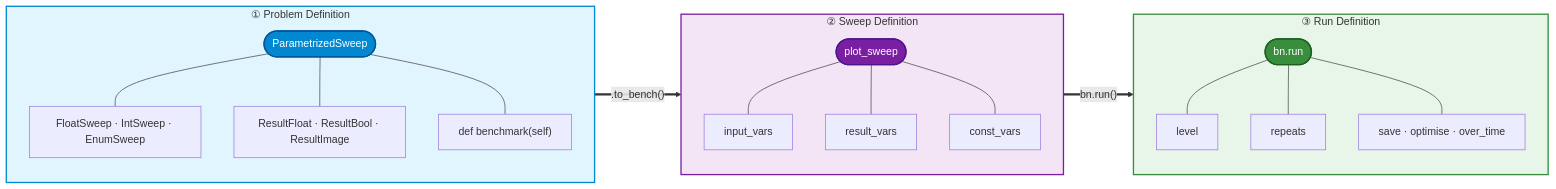
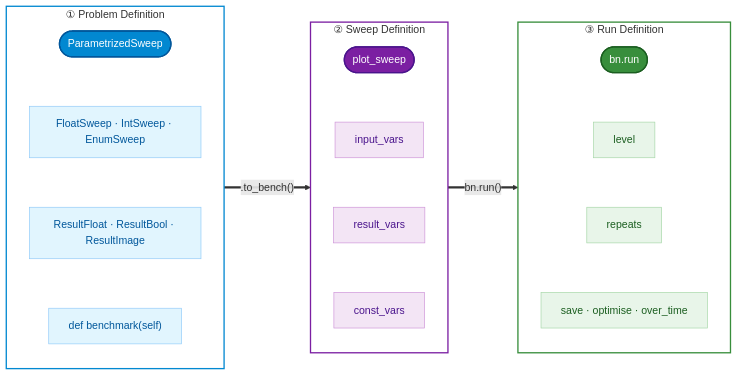
The diagram in docs/concepts.md (blooop/bencher), drawn with Mermaid before and after one commit.

Commit message:
docs: improve mermaid diagram visuals
- Invisible links (~~~) instead of visible lines — removes clutter
- Detail nodes color-matched to their stage (light blue/purple/green)
- White subgraph backgrounds with colored borders — less visual noise
- classDef for consistent, reusable styling

````diff
--- a/docs/concepts.md
+++ b/docs/concepts.md
@@ -53,44 +53,49 @@
 ```{mermaid}
 flowchart LR
     subgraph Problem ["① Problem Definition"]
         direction TB
         PS([ParametrizedSweep])
         Inputs[FloatSweep · IntSweep · EnumSweep]
         Results[ResultFloat · ResultBool · ResultImage]
         Fn["def benchmark(self)"]
-        PS --- Inputs
-        PS --- Results
-        PS --- Fn
+        PS ~~~ Inputs ~~~ Results ~~~ Fn
     end
 
     subgraph Sweep ["② Sweep Definition"]
         direction TB
         SW([plot_sweep])
         IV[input_vars]
         RV[result_vars]
         CV[const_vars]
-        SW --- IV
-        SW --- RV
-        SW --- CV
+        SW ~~~ IV ~~~ RV ~~~ CV
     end
 
     subgraph Run ["③ Run Definition"]
         direction TB
         RN([bn.run])
         Level[level]
         Repeats[repeats]
         Opts[save · optimise · over_time]
-        RN --- Level
-        RN --- Repeats
-        RN --- Opts
+        RN ~~~ Level ~~~ Repeats ~~~ Opts
     end
 
     Problem == .to_bench() ==> Sweep == bn.run() ==> Run
 
-    style Problem fill:#e1f5fe,stroke:#0288d1,stroke-width:2px
-    style Sweep fill:#f3e5f5,stroke:#7b1fa2,stroke-width:2px
-    style Run fill:#e8f5e9,stroke:#388e3c,stroke-width:2px
-    style PS fill:#0288d1,color:#fff,stroke:#01579b,stroke-width:2px
-    style SW fill:#7b1fa2,color:#fff,stroke:#4a148c,stroke-width:2px
-    style RN fill:#388e3c,color:#fff,stroke:#1b5e20,stroke-width:2px
+    classDef blue fill:#0288d1,color:#fff,stroke:#01579b,stroke-width:2px
+    classDef purple fill:#7b1fa2,color:#fff,stroke:#4a148c,stroke-width:2px
+    classDef green fill:#388e3c,color:#fff,stroke:#1b5e20,stroke-width:2px
+    classDef blueLight fill:#e1f5fe,stroke:#90caf9,color:#01579b
+    classDef purpleLight fill:#f3e5f5,stroke:#ce93d8,color:#4a148c
+    classDef greenLight fill:#e8f5e9,stroke:#a5d6a7,color:#1b5e20
+
+    class PS blue
+    class SW purple
+    class RN green
+    class Inputs,Results,Fn blueLight
+    class IV,RV,CV purpleLight
+    class Level,Repeats,Opts greenLight
+
+    style Problem fill:#fff,stroke:#0288d1,stroke-width:2px
+    style Sweep fill:#fff,stroke:#7b1fa2,stroke-width:2px
+    style Run fill:#fff,stroke:#388e3c,stroke-width:2px
 ```
````
